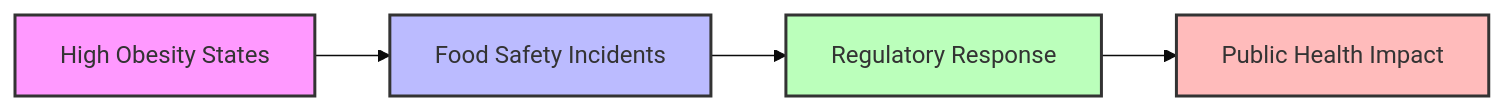
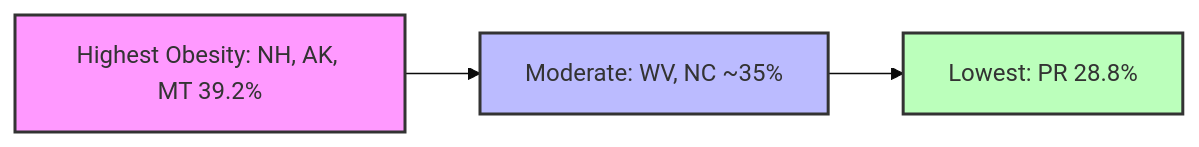
Before and after one commit to gsinghjay/data-dashboard: the fifth of 6 diagrams in README.md, drawn with Mermaid (base theme). The commit also changed other lines of this file and 1 other file, not shown here.

````diff
--- a/README.md
+++ b/README.md
@@ -93,11 +156,9 @@
 ```mermaid
 graph LR
-    A[High Obesity States] --> B[Food Safety Incidents]
-    B --> C[Regulatory Response]
-    C --> D[Public Health Impact]
+    A[Highest Obesity: NH, AK, MT 39.2%] --> B[Moderate: WV, NC ~35%]
+    B --> C[Lowest: PR 28.8%]
     
     style A fill:#f9f,stroke:#333,stroke-width:2px
     style B fill:#bbf,stroke:#333,stroke-width:2px
     style C fill:#bfb,stroke:#333,stroke-width:2px
-    style D fill:#fbb,stroke:#333,stroke-width:2px
 ```
````
